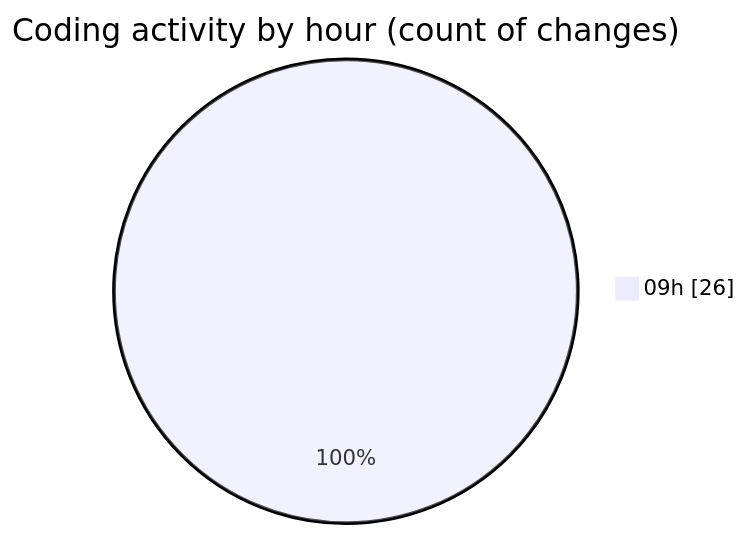
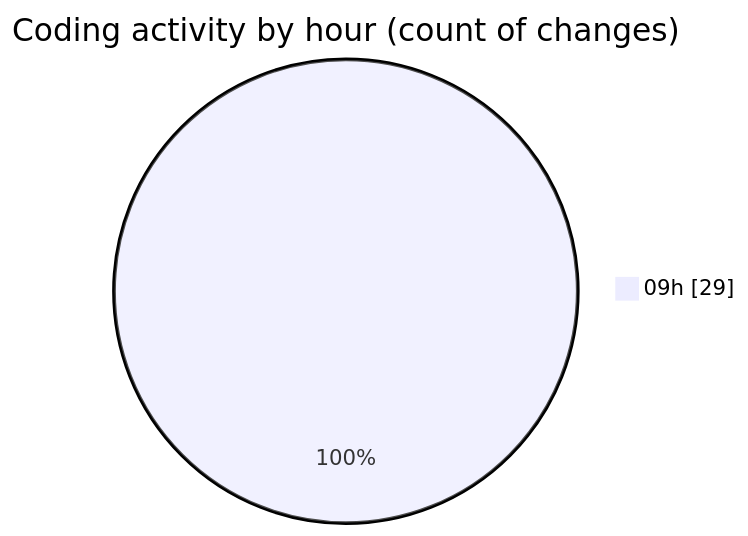
One commit to robertbonfada/code-tracking changed the second of 2 diagrams in 2025-03-05/termonied_testador/README.md. Above: the diagram before and after it, drawn with Mermaid. The commit also changed other lines of this file and 1 other file, not shown here.

````diff
--- a/2025-03-05/termonied_testador/README.md
+++ b/2025-03-05/termonied_testador/README.md
@@ -32,5 +32,5 @@
 ```mermaid
 pie showData
 title Coding activity by hour (count of changes)
-"09h" : 26
+"09h" : 29
 ```
````
